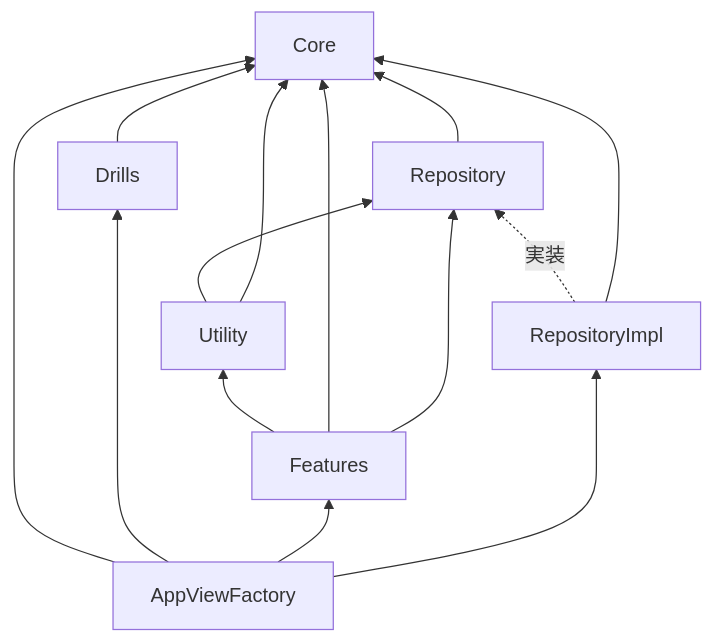
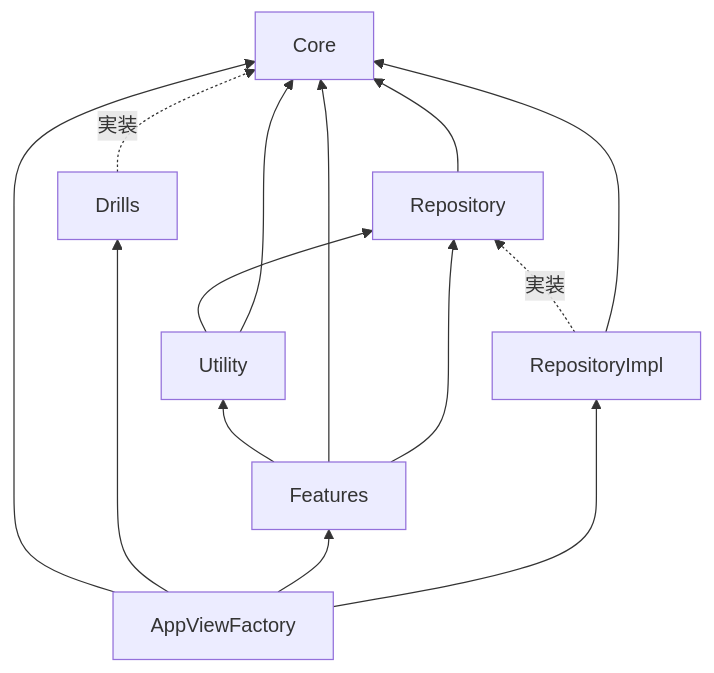
The diagram in README.md (terry-private/Otap), drawn with Mermaid before and after one commit.

Commit message:
fix arrow type

````diff
--- a/README.md
+++ b/README.md
@@ -39,16 +39,16 @@
 ```mermaid
 flowchart BT
   RepositoryImpl -.-> |実装| Repository
   Repository --> Core
   RepositoryImpl --> Core
-  Drills --> Core
+  Drills -.-> |実装| Core
   Utility --> Repository
   Utility --> Core
   AppViewFactory --> Core
   AppViewFactory --> Drills
   AppViewFactory --> Features
   AppViewFactory --> RepositoryImpl
   Features --> Utility
   Features --> Core
   Features --> Repository
 ```
````
